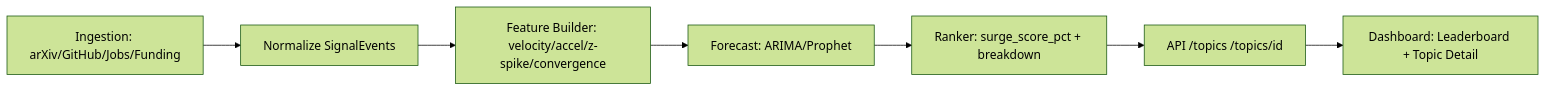
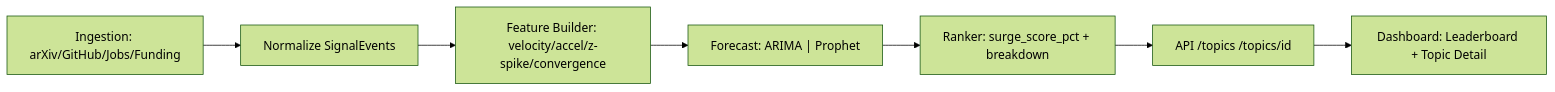
One commit to zaydabash/the-oracle changed the first of 2 diagrams in README.md. Above: the diagram before and after it, drawn with Mermaid (forest theme). The commit also changed other lines of this file and 8 other files, not shown here.

````diff
--- a/README.md
+++ b/README.md
@@ -93,9 +93,9 @@
 ```mermaid
 flowchart LR
 A["Ingestion: arXiv/GitHub/Jobs/Funding"] --> B["Normalize SignalEvents"]
 B --> C["Feature Builder: velocity/accel/z-spike/convergence"]
-C --> D["Forecast: ARIMA/Prophet"]
+C --> D["Forecast: ARIMA | Prophet"]
 D --> E["Ranker: surge_score_pct + breakdown"]
 E --> F["API /topics /topics/id"]
 F --> G["Dashboard: Leaderboard + Topic Detail"]
 ```
````
